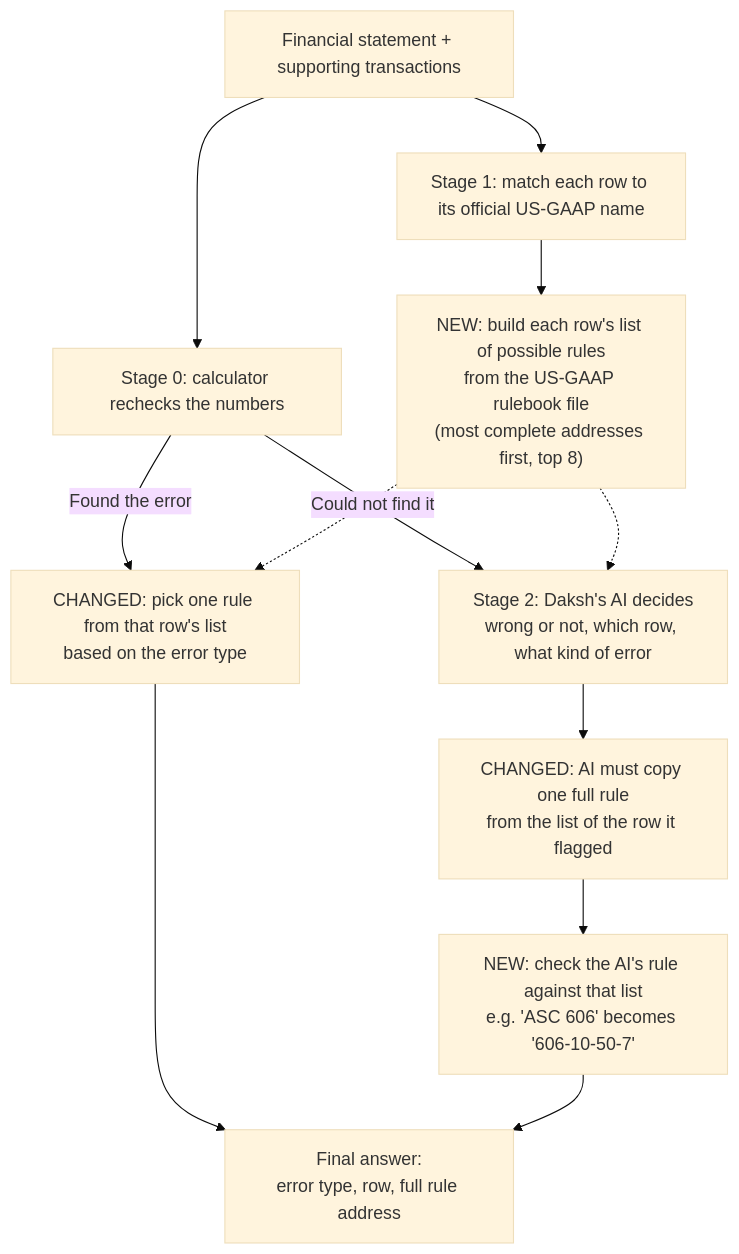
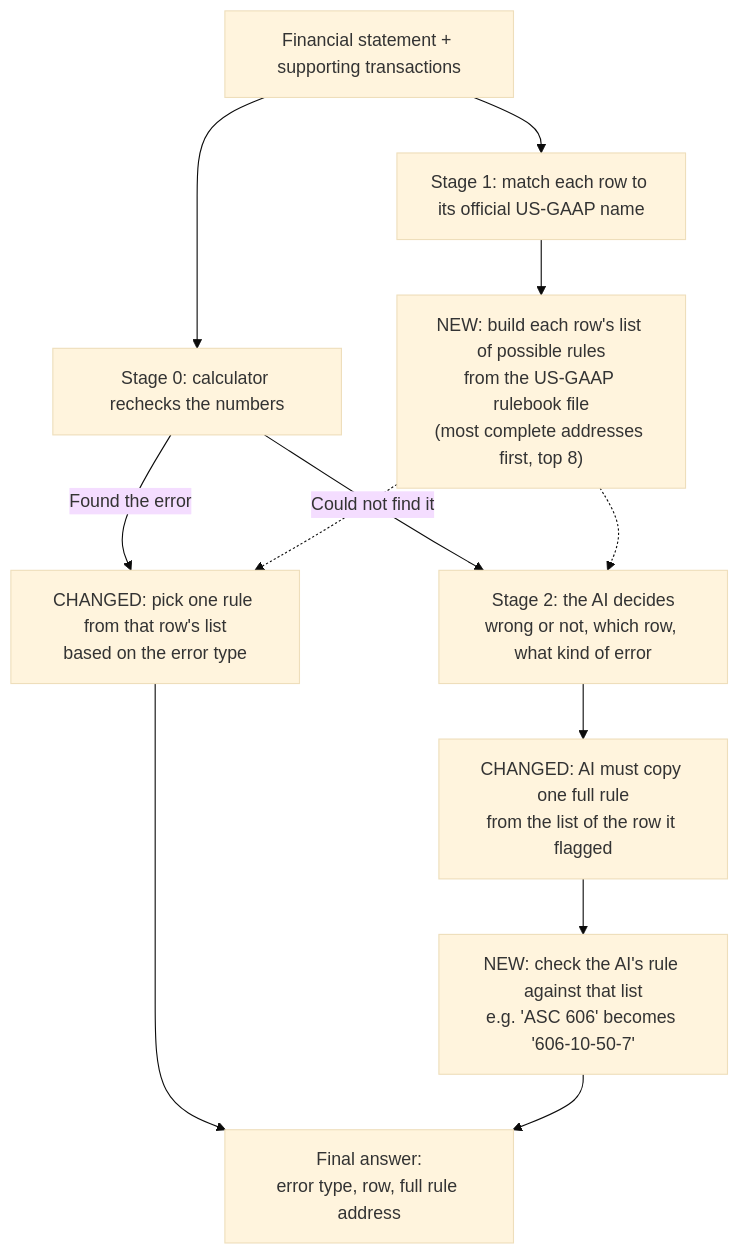
Before and after one commit to dakshkashyap/financial-audit-capstone: the diagram in CITATION_UPGRADE.md, drawn with Mermaid (base theme). The commit also changed other lines of this file, not shown here.

Commit message:
Mention Daksh only in the CITATION_UPGRADE.md intro.

````diff
--- a/CITATION_UPGRADE.md
+++ b/CITATION_UPGRADE.md
@@ -36,17 +36,17 @@
 ```mermaid
 flowchart TD
     IN["Financial statement + supporting transactions"] --> S0["Stage 0: calculator rechecks the numbers"]
     IN --> MAP["Stage 1: match each row to its official US-GAAP name"]
     MAP --> LIST["NEW: build each row's list of possible rules<br/>from the US-GAAP rulebook file<br/>(most complete addresses first, top 8)"]
 
     S0 -->|"Found the error"| PICK["CHANGED: pick one rule from that row's list<br/>based on the error type"]
-    S0 -->|"Could not find it"| AI["Stage 2: Daksh's AI decides<br/>wrong or not, which row, what kind of error"]
+    S0 -->|"Could not find it"| AI["Stage 2: the AI decides<br/>wrong or not, which row, what kind of error"]
     LIST -.-> PICK
     LIST -.-> AI
 
     AI --> ASK["CHANGED: AI must copy one full rule<br/>from the list of the row it flagged"]
     ASK --> SNAP["NEW: check the AI's rule against that list<br/>e.g. 'ASC 606' becomes '606-10-50-7'"]
 
     PICK --> OUT["Final answer:<br/>error type, row, full rule address"]
     SNAP --> OUT
 ```
````
